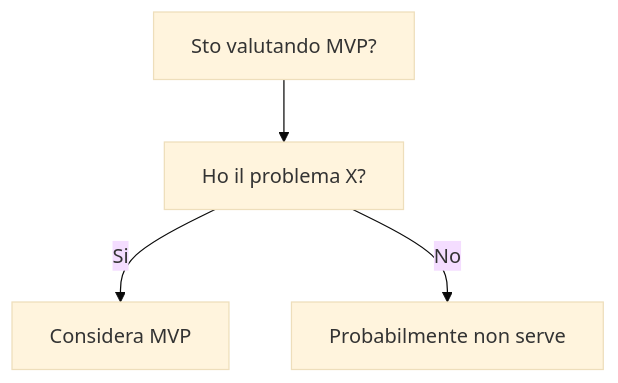
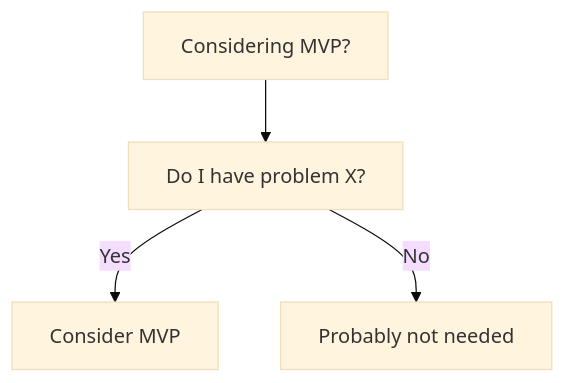
The diagram in dev-wiki/03_Design_Patterns/Architectural/MVP/When_To_Use.md (HxT9/Software-Dev-Wiki), drawn with Mermaid (base theme) before and after one commit. The commit also changed other lines of this file and 3444 other files, not shown here.

````diff
--- a/dev-wiki/03_Design_Patterns/Architectural/MVP/When_To_Use.md
+++ b/dev-wiki/03_Design_Patterns/Architectural/MVP/When_To_Use.md
@@ -19,6 +19,6 @@
 ```mermaid
 flowchart TD
-  Q[Sto valutando MVP?] --> Q1[Ho il problema X?]
-  Q1 -->|Si| OK[Considera MVP]
-  Q1 -->|No| NO[Probabilmente non serve]
+  Q[Considering MVP?] --> Q1[Do I have problem X?]
+  Q1 -->|Yes| OK[Consider MVP]
+  Q1 -->|No| NO[Probably not needed]
 ```
````
